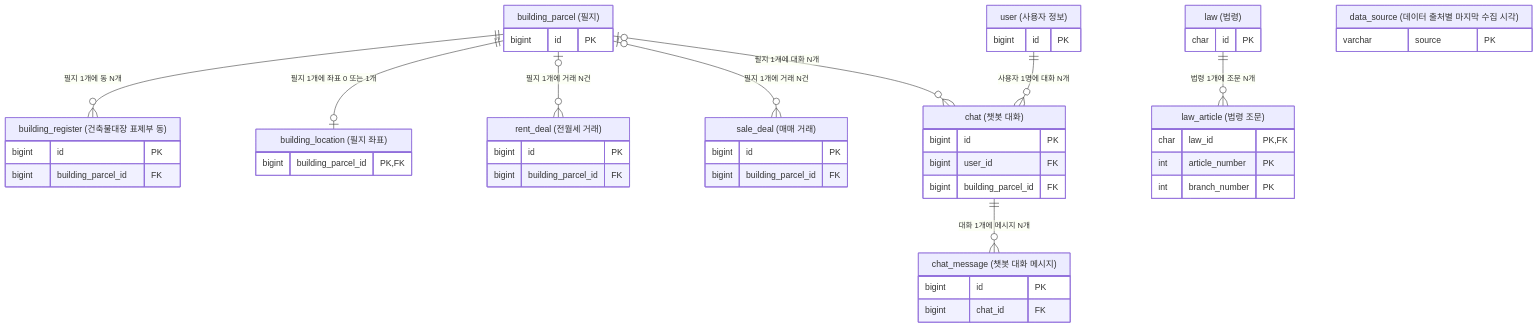
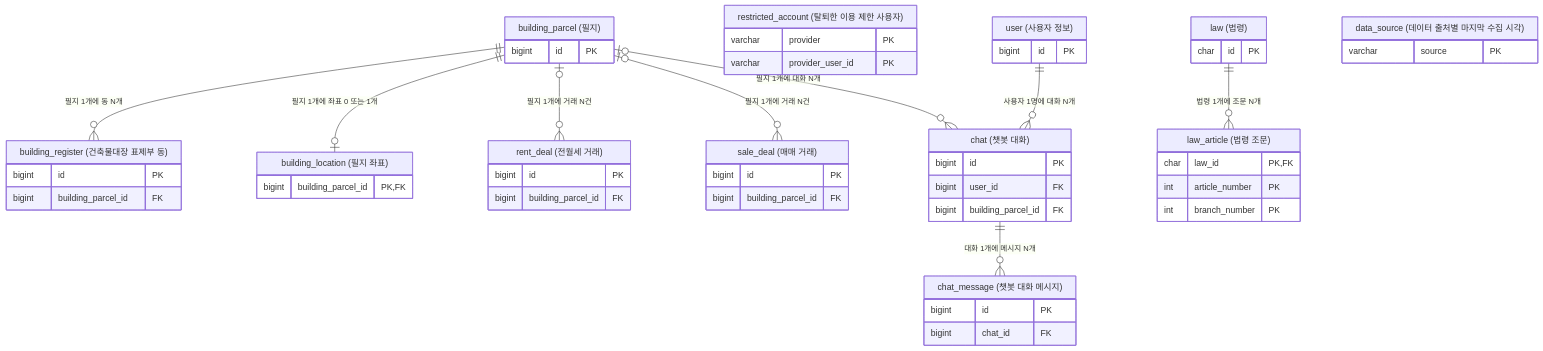
Before and after one commit to f-lab-edu/jipsee: the first of 13 diagrams in docs/erd.md, drawn with Mermaid. The commit also changed other lines of this file and 1 other file, not shown here.

Commit message:
docs: 탈퇴한 이용 제한 사용자 보관 테이블 및 처리방침 보관 기간 추가

````diff
--- a/docs/erd.md
+++ b/docs/erd.md
@@ -5,52 +5,56 @@
 ```mermaid
 erDiagram
     user["user (사용자 정보)"] {
         bigint id PK
+    }
+    restricted_account["restricted_account (탈퇴한 이용 제한 사용자)"] {
+        varchar provider PK
+        varchar provider_user_id PK
     }
     building_parcel ||--o{ building_register : "필지 1개에 동 N개"
     building_parcel["building_parcel (필지)"] {
         bigint id PK
     }
     building_register["building_register (건축물대장 표제부 동)"] {
         bigint id PK
         bigint building_parcel_id FK
     }
     building_parcel ||--o| building_location : "필지 1개에 좌표 0 또는 1개"
     building_location["building_location (필지 좌표)"] {
         bigint building_parcel_id PK, FK
     }
     building_parcel |o--o{ rent_deal : "필지 1개에 거래 N건"
     rent_deal["rent_deal (전월세 거래)"] {
         bigint id PK
         bigint building_parcel_id FK
     }
     building_parcel |o--o{ sale_deal : "필지 1개에 거래 N건"
     sale_deal["sale_deal (매매 거래)"] {
         bigint id PK
         bigint building_parcel_id FK
     }
     user ||--o{ chat : "사용자 1명에 대화 N개"
     building_parcel |o--o{ chat : "필지 1개에 대화 N개"
     chat["chat (챗봇 대화)"] {
         bigint id PK
         bigint user_id FK
         bigint building_parcel_id FK
     }
     chat ||--o{ chat_message : "대화 1개에 메시지 N개"
     chat_message["chat_message (챗봇 대화 메시지)"] {
         bigint id PK
         bigint chat_id FK
     }
     law ||--o{ law_article : "법령 1개에 조문 N개"
     law["law (법령)"] {
         char id PK
     }
     law_article["law_article (법령 조문)"] {
         char law_id PK, FK
         int article_number PK
         int branch_number PK
     }
     data_source["data_source (데이터 출처별 마지막 수집 시각)"] {
         varchar source PK
     }
 ```
````
